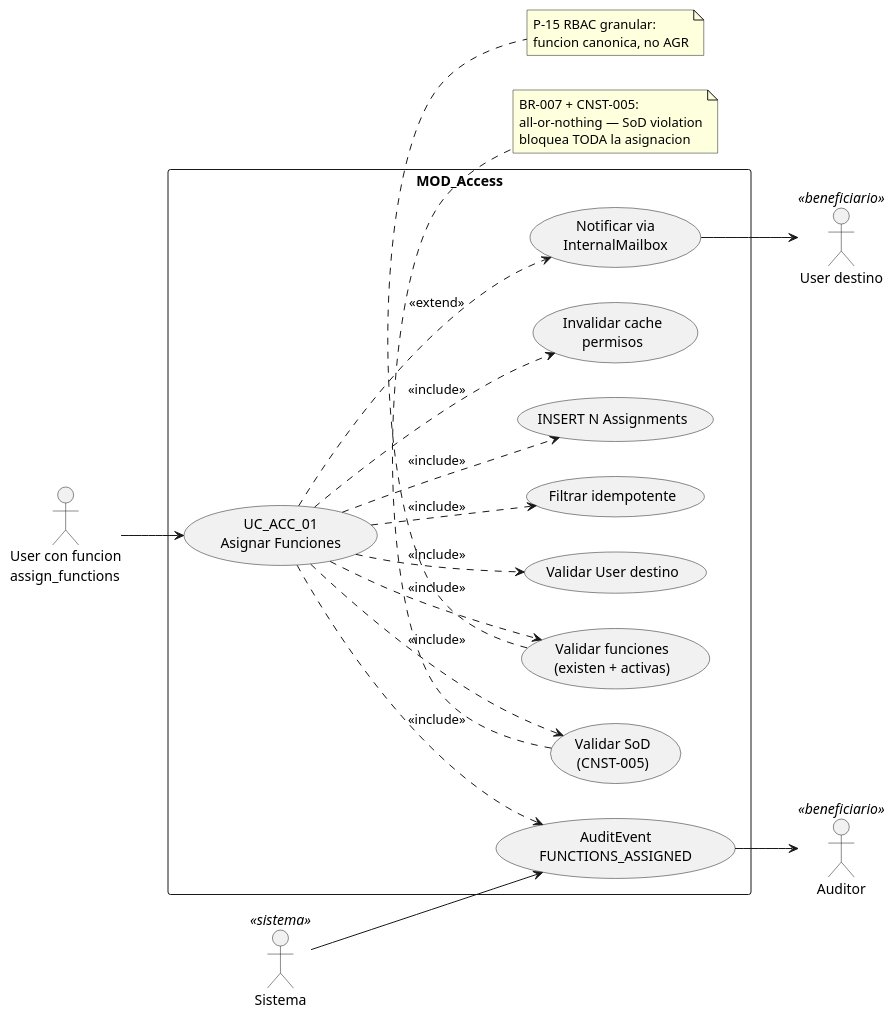
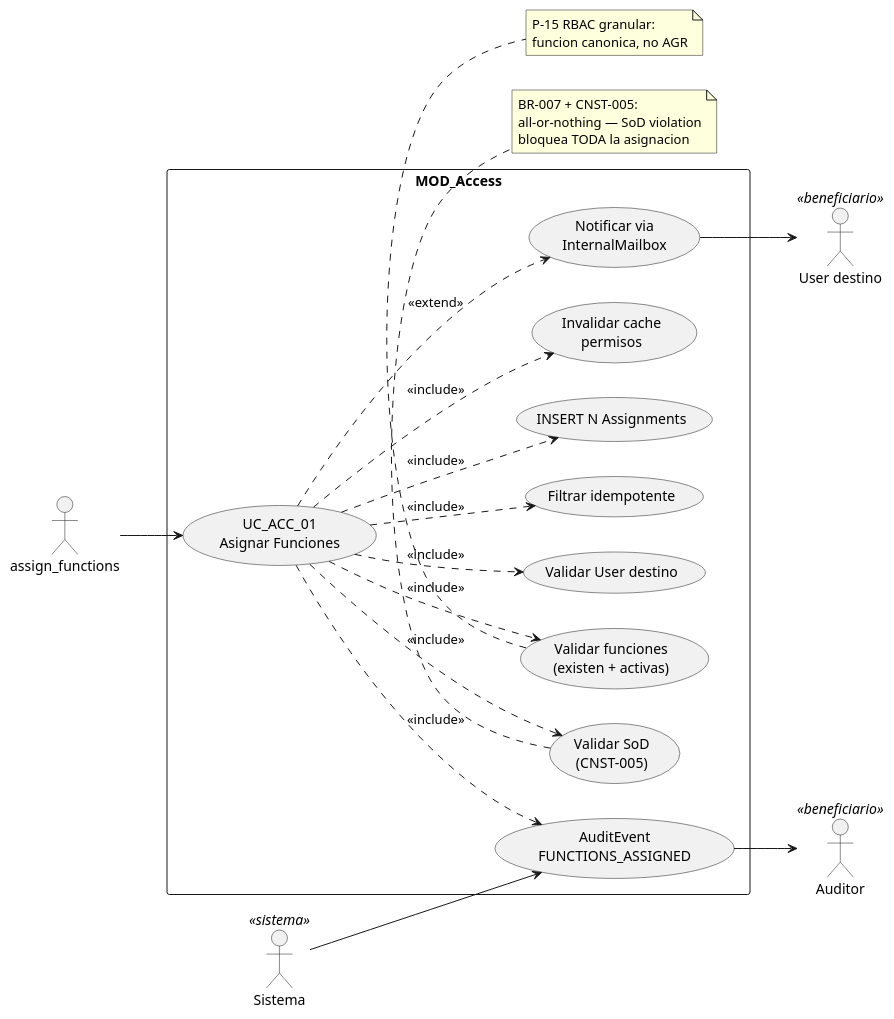
Before and after one commit to jcg-admin/IACT-docs: the first of 5 diagrams in source/requisitos/casos-uso/access/uc-acc-01/diagramas-uml.rst, drawn with PlantUML. The commit also changed 77 other files, not shown here.

First line of the commit message:
Enforce RBAC function names as actors in all UML diagrams

```diff
--- a/source/requisitos/casos-uso/access/uc-acc-01/diagramas-uml.rst
+++ b/source/requisitos/casos-uso/access/uc-acc-01/diagramas-uml.rst
@@ -10,48 +10,48 @@
 .. uml::
  :caption: UC_ACC_01 — actores y casos asociados
 
  @startuml
 
  left to right direction
 
- actor "User con funcion\nassign_functions" as INVOKER
+ actor "assign_functions" as INVOKER
  actor "User destino" as TARGET <<beneficiario>>
  actor "Auditor" as AUD <<beneficiario>>
  actor "Sistema" as SYS <<sistema>>
 
  rectangle "MOD_Access" {
    usecase "UC_ACC_01\nAsignar Funciones" as UC01
    usecase "Validar User destino" as VUSER
    usecase "Validar funciones\n(existen + activas)" as VFUN
    usecase "Filtrar idempotente" as IDEM
    usecase "Validar SoD\n(CNST-005)" as VSOD
    usecase "INSERT N Assignments" as INS
    usecase "Invalidar cache\npermisos" as CACHE
    usecase "Notificar via\nInternalMailbox" as NOT
    usecase "AuditEvent\nFUNCTIONS_ASSIGNED" as EMI
  }
 
  INVOKER --> UC01
  UC01 ..> VUSER : <<include>>
  UC01 ..> VFUN : <<include>>
  UC01 ..> IDEM : <<include>>
  UC01 ..> VSOD : <<include>>
  UC01 ..> INS : <<include>>
  UC01 ..> CACHE : <<include>>
  UC01 ..> NOT : <<extend>>
  UC01 ..> EMI : <<include>>
  NOT --> TARGET
  SYS --> EMI
  EMI --> AUD
 
  note bottom of VSOD
    BR-007 + CNST-005:
    all-or-nothing — SoD violation
    bloquea TODA la asignacion
  end note
  note bottom of VFUN
    P-15 RBAC granular:
    funcion canonica, no AGR
  end note
 
  @enduml
```
